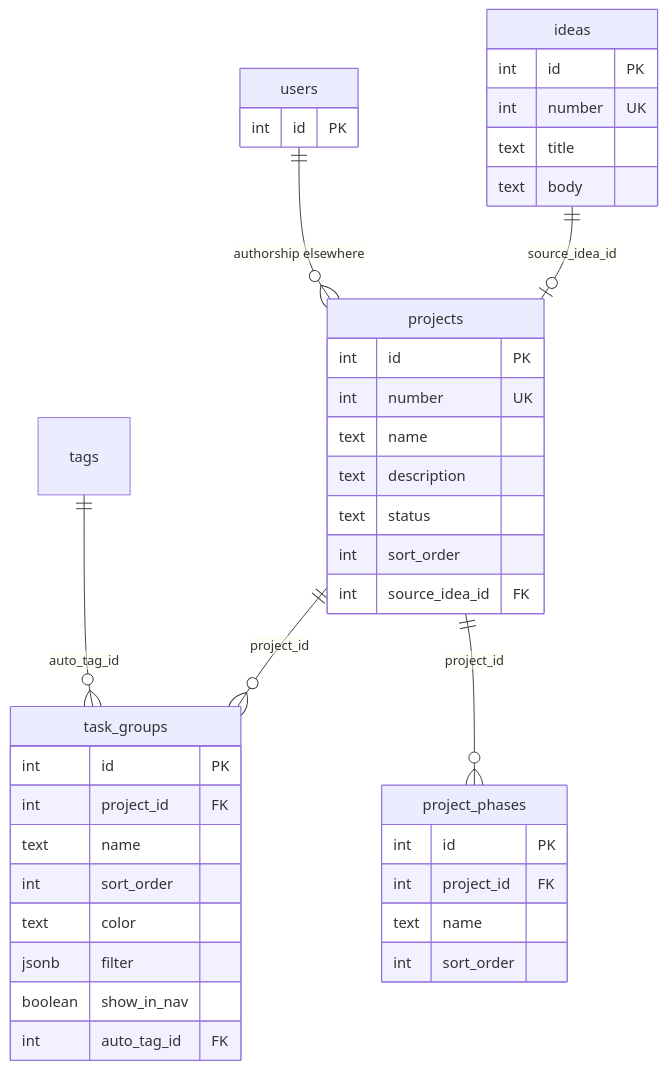
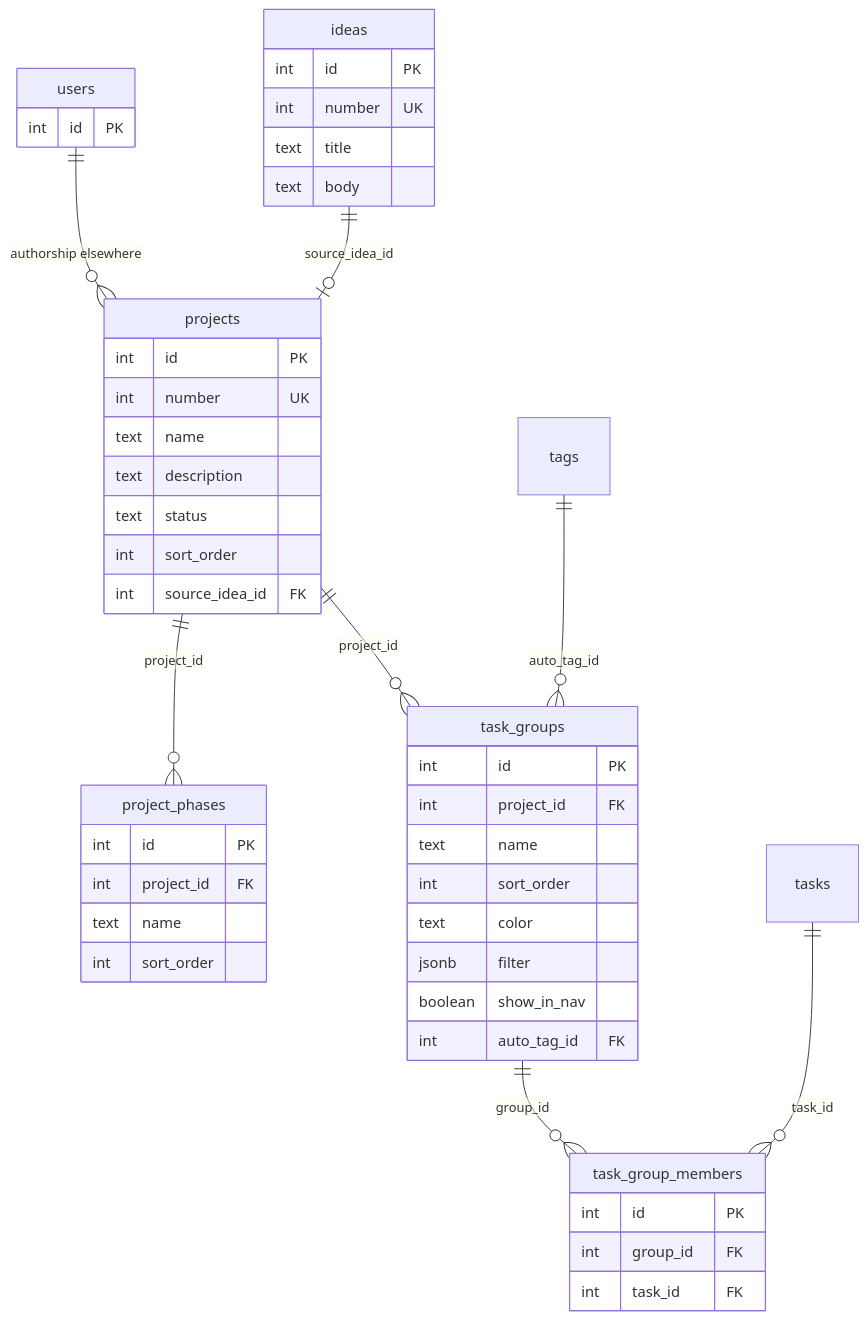
One commit to blackrook-io/taskmesh changed the diagram in docs/database/projects-and-ideas.md. Above: the diagram before and after it, drawn with Mermaid. The commit also changed other lines of this file and 20 other files, not shown here.

First line of the commit message:
Fix List View task DnD into groups and ship 0.28.0.

````diff
--- a/docs/database/projects-and-ideas.md
+++ b/docs/database/projects-and-ideas.md
@@ -9,42 +9,49 @@
 ```mermaid
 erDiagram
   ideas ||--o| projects : "source_idea_id"
   projects ||--o{ task_groups : "project_id"
   projects ||--o{ project_phases : "project_id"
   tags ||--o{ task_groups : "auto_tag_id"
+  task_groups ||--o{ task_group_members : "group_id"
+  tasks ||--o{ task_group_members : "task_id"
   users ||--o{ projects : "authorship elsewhere"
   ideas {
     int id PK
     int number UK
     text title
     text body
   }
   projects {
     int id PK
     int number UK
     text name
     text description
     text status
     int sort_order
     int source_idea_id FK
   }
   task_groups {
     int id PK
     int project_id FK
     text name
     int sort_order
     text color
     jsonb filter
     boolean show_in_nav
     int auto_tag_id FK
   }
+  task_group_members {
+    int id PK
+    int group_id FK
+    int task_id FK
+  }
   project_phases {
     int id PK
     int project_id FK
     text name
     int sort_order
   }
   users {
     int id PK
   }
 ```
````
